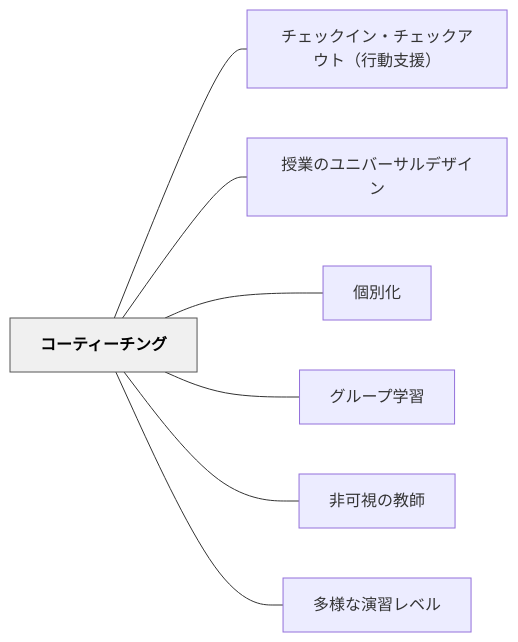
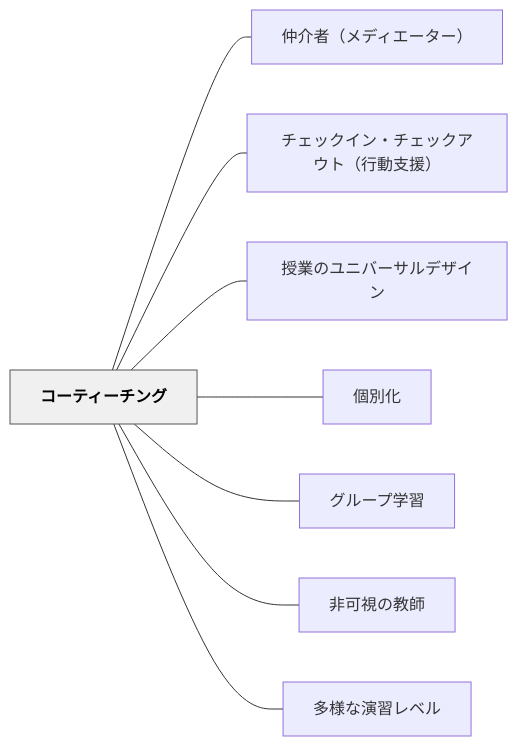
The diagram in content/パタン/コーティーチング.md (unknownthings-ed-patterns/unknownthings-ed-patterns), drawn with Mermaid before and after one commit. The commit also changed other lines of this file and 185 other files, not shown here.

````diff
--- a/content/パタン/コーティーチング.md
+++ b/content/パタン/コーティーチング.md
@@ -106,20 +107,22 @@
 ```mermaid
 flowchart LR
     ne382b3e383bce38386e382a3e383bce38381e383b3e382b0["コーティーチング"]
+    ne4bbb2e4bb8be88085efbc88e383a1e38387e382a3e382a8e383bce382bfe383bcefbc89["仲介者（メディエーター）"]
     ne38381e382a7e38383e382afe382a4e383b3e383bbe38381e382a7e38383e382afe382a2e382a6e38388efbc88e8a18ce58b95e694afe68fb4efbc89["チェックイン・チェックアウト（行動支援）"]
     ne68e88e6a5ade381aee383a6e3838be38390e383bce382b5e383abe38387e382b6e382a4e383b3["授業のユニバーサルデザイン"]
     ne5808be588a5e58c96["個別化"]
     ne382b0e383abe383bce38397e5ada6e7bf92["グループ学習"]
     ne99d9ee58fafe8a696e381aee69599e5b8ab["非可視の教師"]
     ne5a49ae6a798e381aae6bc94e7bf92e383ace38399e383ab["多様な演習レベル"]
 
+    ne382b3e383bce38386e382a3e383bce38381e383b3e382b0 --- ne4bbb2e4bb8be88085efbc88e383a1e38387e382a3e382a8e383bce382bfe383bcefbc89
     ne382b3e383bce38386e382a3e383bce38381e383b3e382b0 --- ne38381e382a7e38383e382afe382a4e383b3e383bbe38381e382a7e38383e382afe382a2e382a6e38388efbc88e8a18ce58b95e694afe68fb4efbc89
     ne382b3e383bce38386e382a3e383bce38381e383b3e382b0 --- ne68e88e6a5ade381aee383a6e3838be38390e383bce382b5e383abe38387e382b6e382a4e383b3
     ne382b3e383bce38386e382a3e383bce38381e383b3e382b0 --- ne5808be588a5e58c96
     ne382b3e383bce38386e382a3e383bce38381e383b3e382b0 --- ne382b0e383abe383bce38397e5ada6e7bf92
     ne382b3e383bce38386e382a3e383bce38381e383b3e382b0 --- ne99d9ee58fafe8a696e381aee69599e5b8ab
     ne382b3e383bce38386e382a3e383bce38381e383b3e382b0 --- ne5a49ae6a798e381aae6bc94e7bf92e383ace38399e383ab
 
     classDef hub fill:#f0f0f0,stroke:#555,color:#000,font-weight:bold
     class ne382b3e383bce38386e382a3e383bce38381e383b3e382b0 hub
 ```
````
